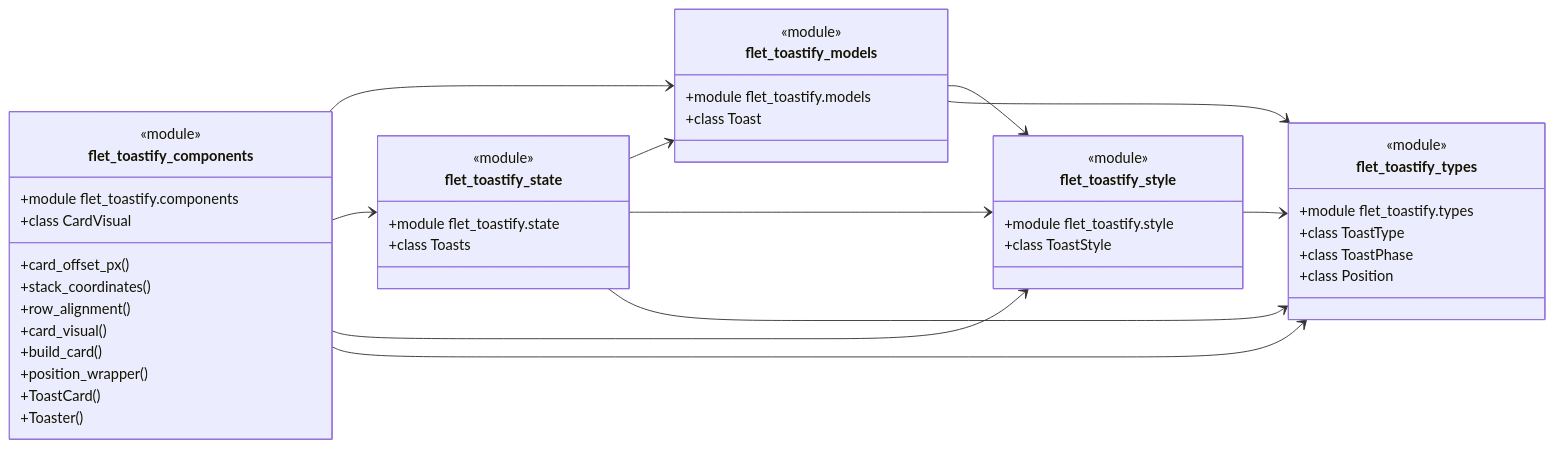
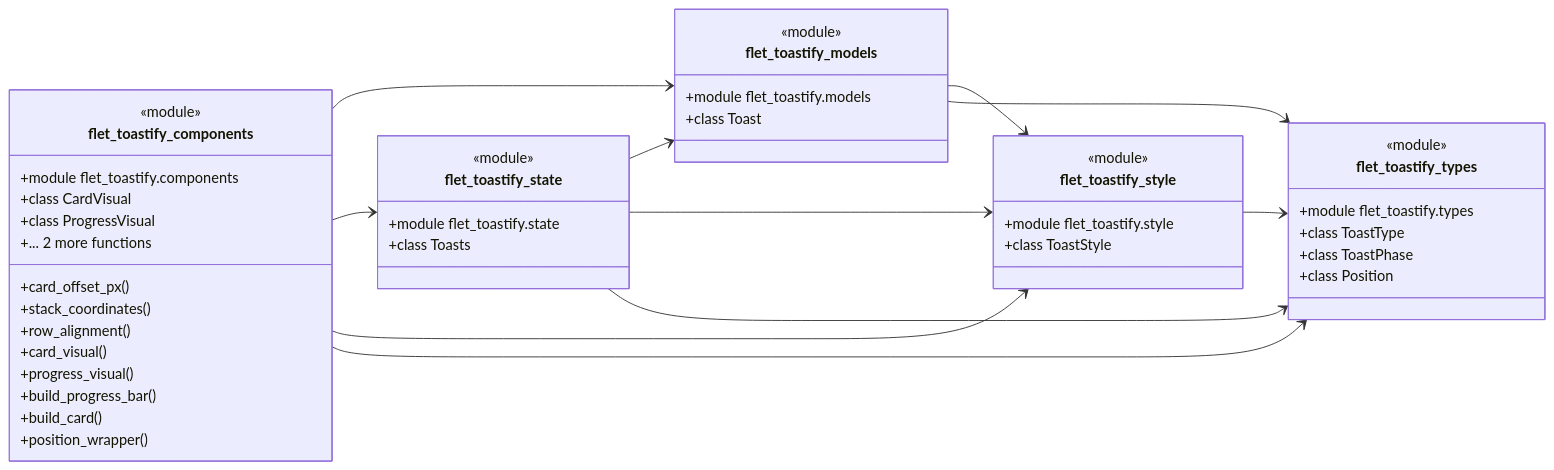
Before and after one commit to brunobrown/flet-toastify: the diagram in docs/assets/diagrams/generated/modules.mmd, drawn with Mermaid. The commit also changed 13 other files, not shown here.

Commit message:
feat: adiciona progress bar de auto-dismiss (estilo react-toastify)

```diff
--- a/docs/assets/diagrams/generated/modules.mmd
+++ b/docs/assets/diagrams/generated/modules.mmd
@@ -1,54 +1,56 @@
 classDiagram
   direction LR
   %% flet-toastify generated architecture diagrams: module dependencies
 
   class flet_toastify_components {
     <<module>>
     +module flet_toastify.components
     +class CardVisual
+    +class ProgressVisual
     +card_offset_px()
     +stack_coordinates()
     +row_alignment()
     +card_visual()
+    +progress_visual()
+    +build_progress_bar()
     +build_card()
     +position_wrapper()
-    +ToastCard()
-    +Toaster()
+    +... 2 more functions
   }
 
   class flet_toastify_models {
     <<module>>
     +module flet_toastify.models
     +class Toast
   }
 
   class flet_toastify_state {
     <<module>>
     +module flet_toastify.state
     +class Toasts
   }
 
   class flet_toastify_style {
     <<module>>
     +module flet_toastify.style
     +class ToastStyle
   }
 
   class flet_toastify_types {
     <<module>>
     +module flet_toastify.types
     +class ToastType
     +class ToastPhase
     +class Position
   }
 
   flet_toastify_components --> flet_toastify_models
   flet_toastify_components --> flet_toastify_state
   flet_toastify_components --> flet_toastify_style
   flet_toastify_components --> flet_toastify_types
   flet_toastify_models --> flet_toastify_style
   flet_toastify_models --> flet_toastify_types
   flet_toastify_state --> flet_toastify_models
   flet_toastify_state --> flet_toastify_style
   flet_toastify_state --> flet_toastify_types
   flet_toastify_style --> flet_toastify_types
```
